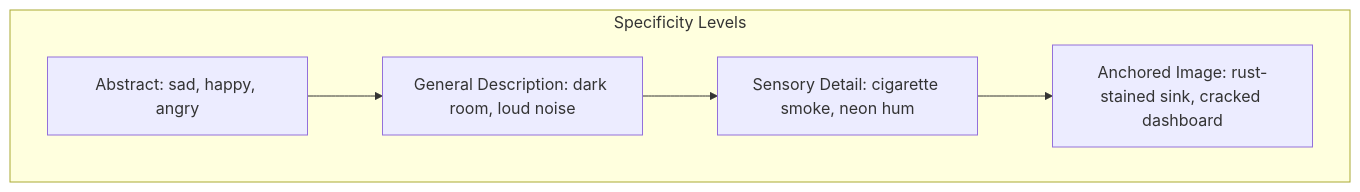
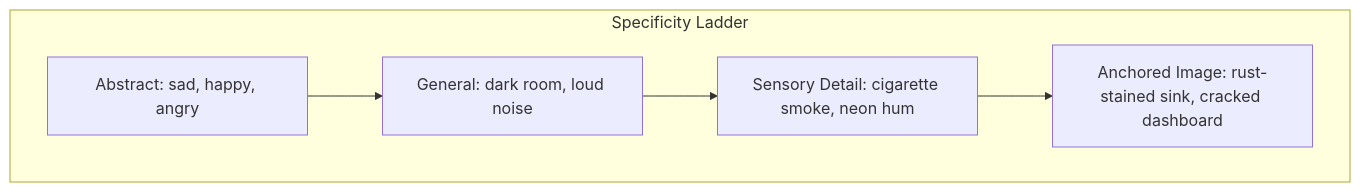
The first of 3 diagrams in topics/arts/composition/songwriting/lesson_02_lyric_writing.md (blebleblee/synapse), drawn with Mermaid before and after one commit. The commit also changed other lines of this file and 4 other files, not shown here.

````diff
--- a/topics/arts/composition/songwriting/lesson_02_lyric_writing.md
+++ b/topics/arts/composition/songwriting/lesson_02_lyric_writing.md
@@ -121,8 +111,8 @@
 ```mermaid
 graph TD
-    subgraph sub_spec ["Specificity Levels"]
-        A[Abstract: sad, happy, angry] --> B[General Description: dark room, loud noise]
-        B --> C[Sensory Detail: cigarette smoke, neon hum]
-        C --> D[Anchored Image: rust-stained sink, cracked dashboard]
+    subgraph sub_spec ["Specificity Ladder"]
+        A["Abstract: sad, happy, angry"] --> B["General: dark room, loud noise"]
+        B --> C["Sensory Detail: cigarette smoke, neon hum"]
+        C --> D["Anchored Image: rust-stained sink, cracked dashboard"]
     end
 ```
````
